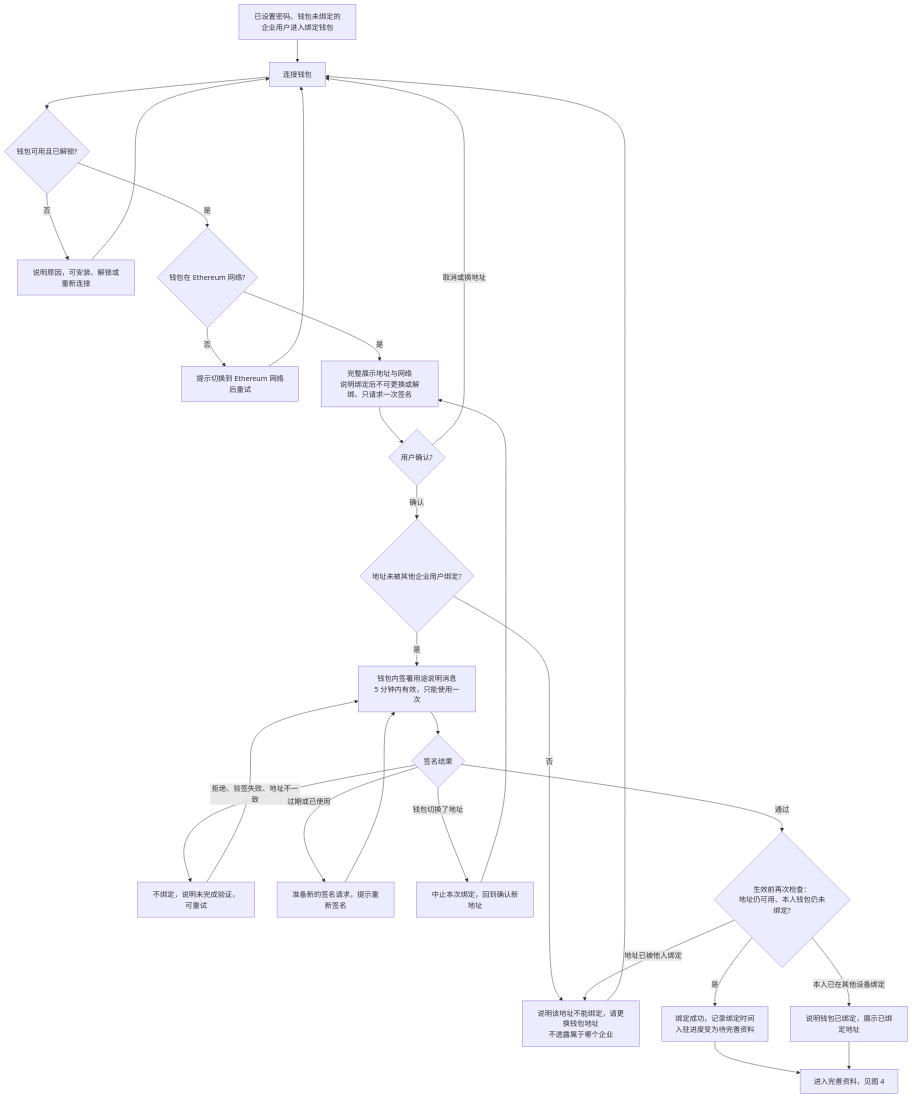
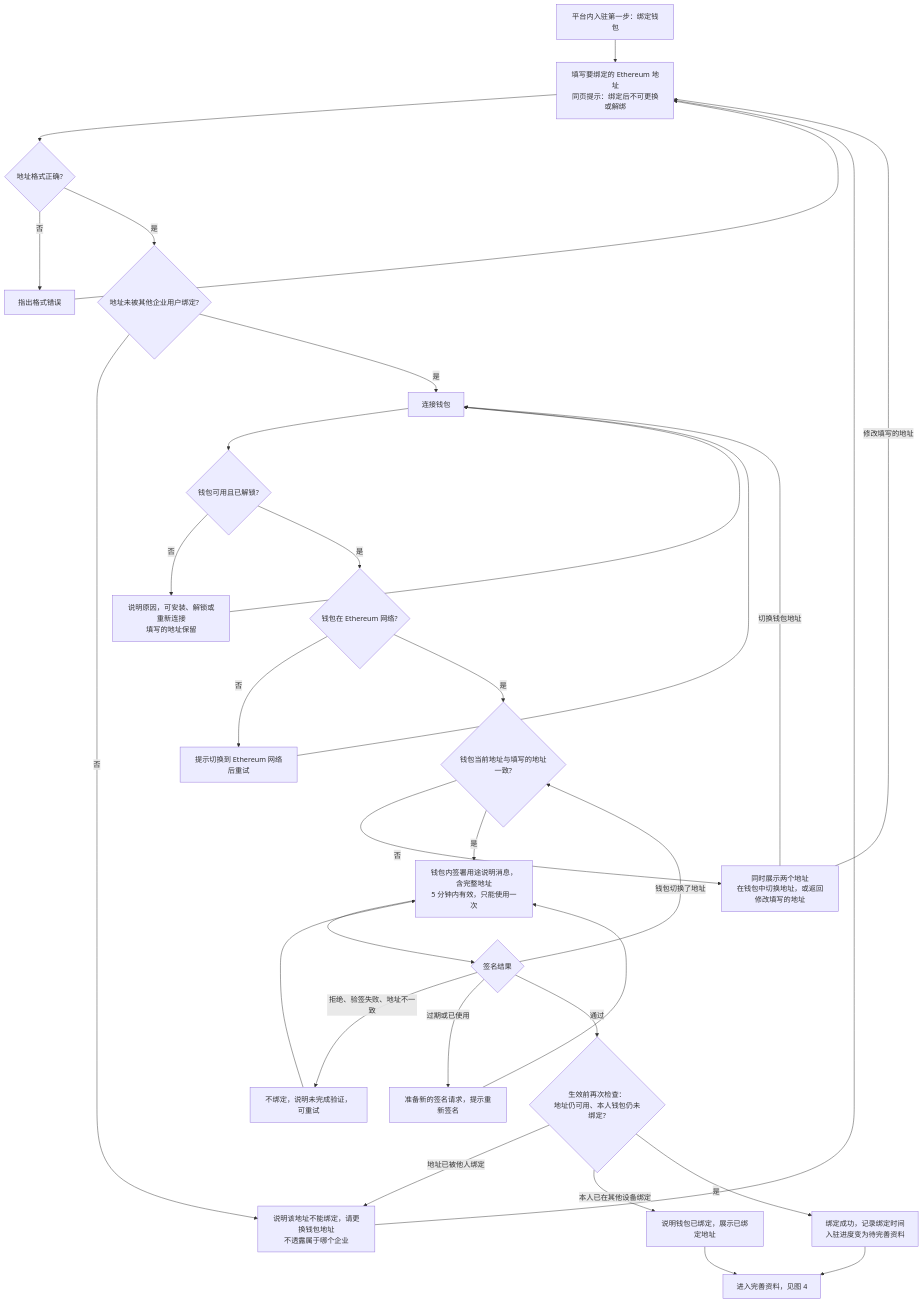
Before and after one commit to wxblockchain/Chain-Financing: the third of 11 diagrams in asset-trust-platform/PRD/企业端/M1-企业登录与首次入驻/02-企业登录与首次入驻-流程图与状态机.md, drawn with Mermaid. The commit also changed other lines of this file and 4 other files, not shown here.

````diff
--- a/asset-trust-platform/PRD/企业端/M1-企业登录与首次入驻/02-企业登录与首次入驻-流程图与状态机.md
+++ b/asset-trust-platform/PRD/企业端/M1-企业登录与首次入驻/02-企业登录与首次入驻-流程图与状态机.md
@@ -100,30 +100,34 @@
 ```mermaid
 flowchart TD
-    A[已设置密码、钱包未绑定的企业用户进入绑定钱包] --> B[连接钱包]
-    B --> B1{钱包可用且已解锁?}
-    B1 -->|否| B2[说明原因，可安装、解锁或重新连接]
+    A[平台内入驻第一步：绑定钱包] --> B[填写要绑定的 Ethereum 地址<br/>同页提示：绑定后不可更换或解绑]
+    B --> B1{地址格式正确?}
+    B1 -->|否| B2[指出格式错误]
     B2 --> B
-    B1 -->|是| C{钱包在 Ethereum 网络?}
-    C -->|否| C1[提示切换到 Ethereum 网络后重试]
-    C1 --> B
-    C -->|是| D[完整展示地址与网络<br/>说明绑定后不可更换或解绑、只请求一次签名]
-    D --> D1{用户确认?}
-    D1 -->|取消或换地址| B
-    D1 -->|确认| E{地址未被其他企业用户绑定?}
-    E -->|否| E1[说明该地址不能绑定，请更换钱包地址<br/>不透露属于哪个企业]
-    E1 --> B
-    E -->|是| F[钱包内签署用途说明消息<br/>5 分钟内有效，只能使用一次]
+    B1 -->|是| B3{地址未被其他企业用户绑定?}
+    B3 -->|否| B4[说明该地址不能绑定，请更换钱包地址<br/>不透露属于哪个企业]
+    B4 --> B
+    B3 -->|是| C[连接钱包]
+    C --> C1{钱包可用且已解锁?}
+    C1 -->|否| C2[说明原因，可安装、解锁或重新连接<br/>填写的地址保留]
+    C2 --> C
+    C1 -->|是| C3{钱包在 Ethereum 网络?}
+    C3 -->|否| C4[提示切换到 Ethereum 网络后重试]
+    C4 --> C
+    C3 -->|是| D{钱包当前地址与填写的地址一致?}
+    D -->|否| D1[同时展示两个地址<br/>在钱包中切换地址，或返回修改填写的地址]
+    D1 -->|切换钱包地址| C
+    D1 -->|修改填写的地址| B
+    D -->|是| F[钱包内签署用途说明消息，含完整地址<br/>5 分钟内有效，只能使用一次]
     F --> G{签名结果}
     G -->|拒绝、验签失败、地址不一致| G1[不绑定，说明未完成验证，可重试]
     G1 --> F
     G -->|过期或已使用| G2[准备新的签名请求，提示重新签名]
     G2 --> F
-    G -->|钱包切换了地址| G3[中止本次绑定，回到确认新地址]
-    G3 --> D
+    G -->|钱包切换了地址| D
     G -->|通过| H{生效前再次检查：<br/>地址仍可用、本人钱包仍未绑定?}
-    H -->|地址已被他人绑定| E1
+    H -->|地址已被他人绑定| B4
     H -->|本人已在其他设备绑定| H1[说明钱包已绑定，展示已绑定地址]
     H -->|是| I[绑定成功，记录绑定时间<br/>入驻进度变为待完善资料]
     I --> J[进入完善资料，见图 4]
     H1 --> J
 ```
````
